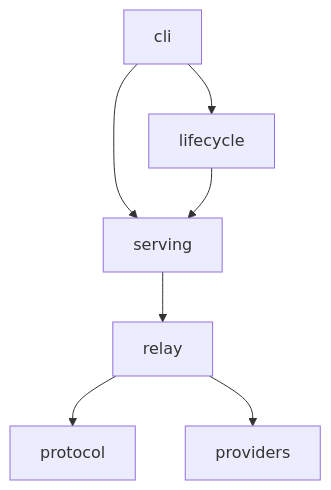
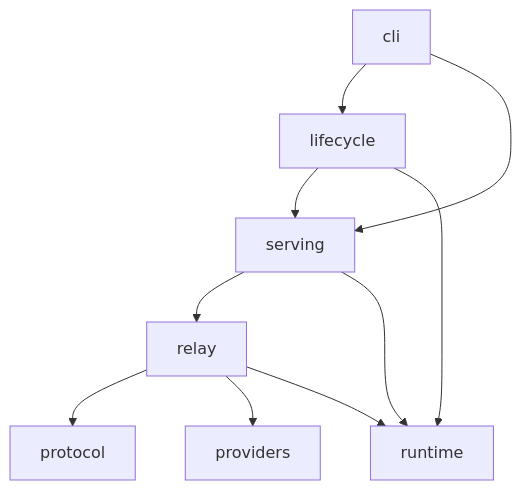
Before and after one commit to HengYangDS/openai-responses-proxy: the second of 5 diagrams in docs/architecture/authority-and-runtime-boundary.md, drawn with Mermaid. The commit also changed other lines of this file and 2 other files, not shown here.

First line of the commit message:
fix(architecture): cover every declared product domain

````diff
--- a/docs/architecture/authority-and-runtime-boundary.md
+++ b/docs/architecture/authority-and-runtime-boundary.md
@@ -54,9 +58,12 @@
 ```mermaid
 flowchart TD
     CLI["cli"] --> LIFE["lifecycle"]
     CLI --> SERVING["serving"]
     LIFE --> SERVING
     SERVING --> RELAY["relay"]
     RELAY --> PROTOCOL["protocol"]
     RELAY --> PROVIDERS["providers"]
+    LIFE --> RUNTIME["runtime"]
+    SERVING --> RUNTIME
+    RELAY --> RUNTIME
 ```
````
